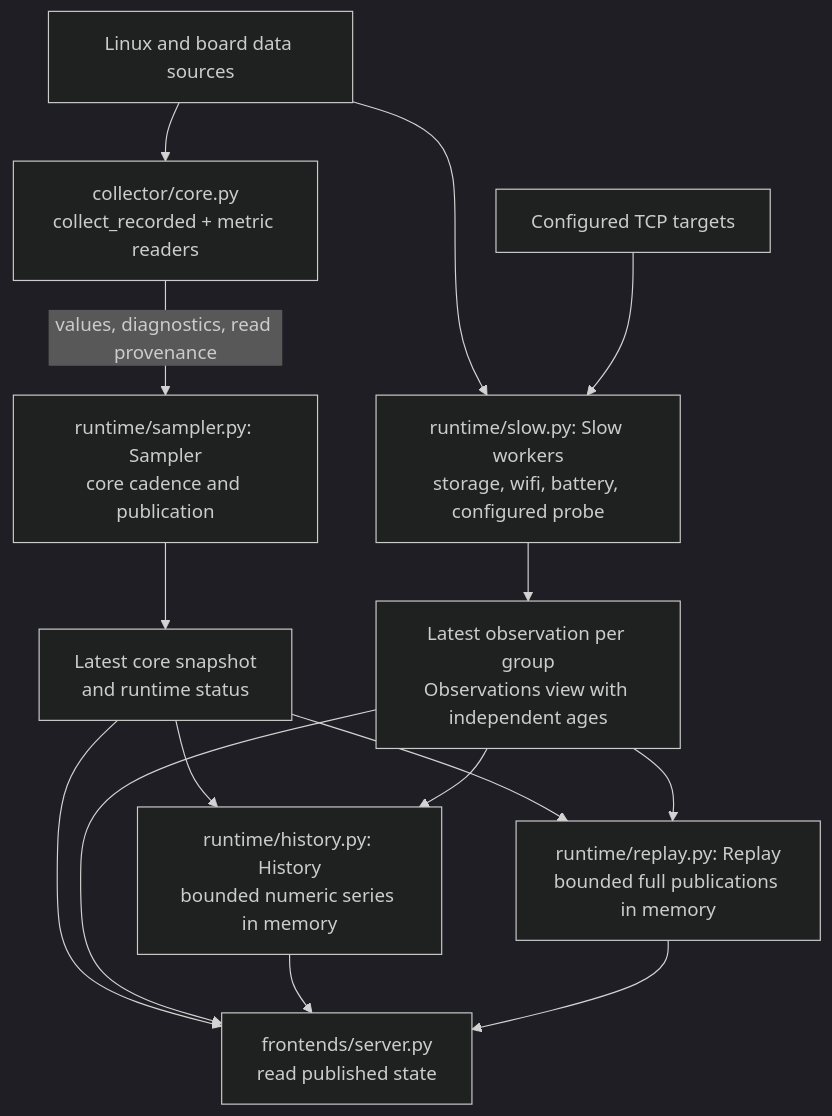
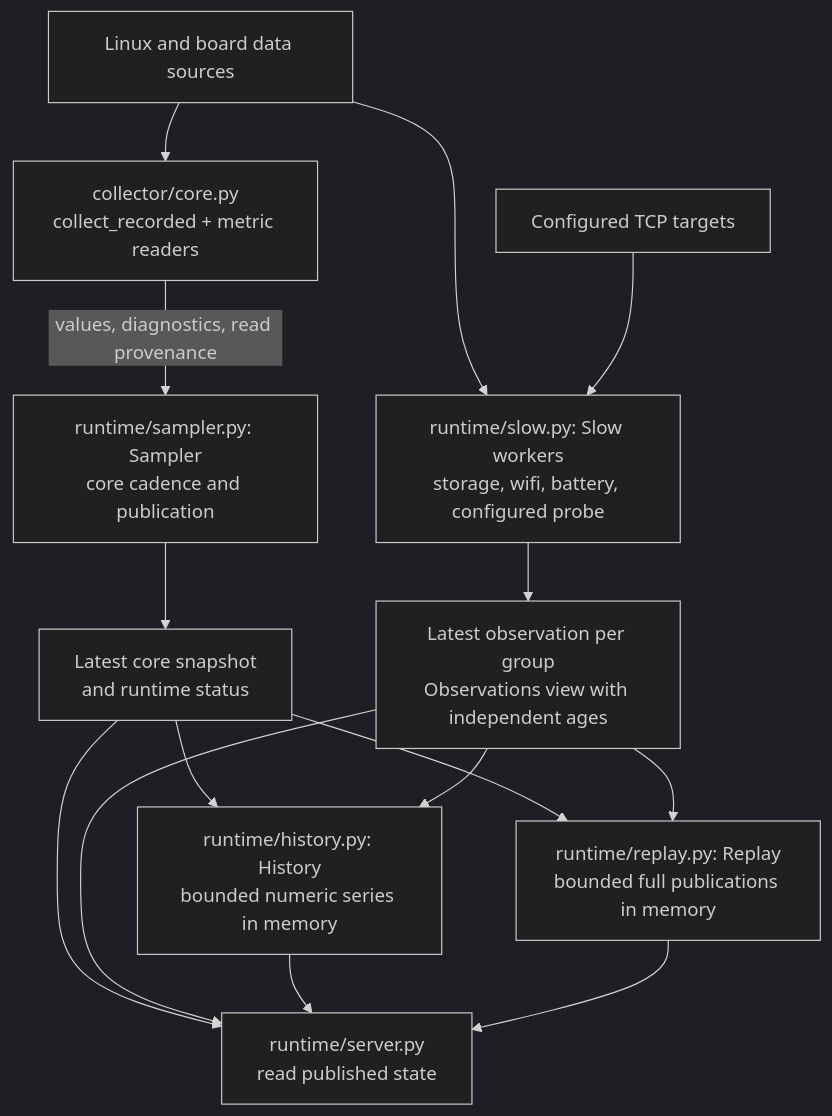
One commit to platmon/platmon changed the first of 2 diagrams in docs/development/architecture.md. Above: the diagram before and after it, drawn with Mermaid (dark theme). The commit also changed other lines of this file and 20 other files, not shown here.

First line of the commit message:
refactor: move the http server into runtime so the service no longer imports its clients (#90)

````diff
--- a/docs/development/architecture.md
+++ b/docs/development/architecture.md
@@ -12,17 +12,17 @@
 ```mermaid
 flowchart TB
     Sources["Linux and board data sources"] --> Core["collector/core.py<br/>collect_recorded + metric readers"]
     Sources --> Slow["runtime/slow.py: Slow workers<br/>storage, wifi, battery, configured probe"]
     Targets["Configured TCP targets"] --> Slow
     Core -->|"values, diagnostics, read provenance"| Sampler["runtime/sampler.py: Sampler<br/>core cadence and publication"]
     Sampler --> Snapshot["Latest core snapshot<br/>and runtime status"]
     Slow --> Observations["Latest observation per group<br/>Observations view with independent ages"]
     Snapshot --> History["runtime/history.py: History<br/>bounded numeric series in memory"]
     Observations --> History
     Snapshot --> Replay["runtime/replay.py: Replay<br/>bounded full publications in memory"]
     Observations --> Replay
-    Snapshot --> HTTP["frontends/server.py<br/>read published state"]
+    Snapshot --> HTTP["runtime/server.py<br/>read published state"]
     Observations --> HTTP
     History --> HTTP
     Replay --> HTTP
 ```
````
